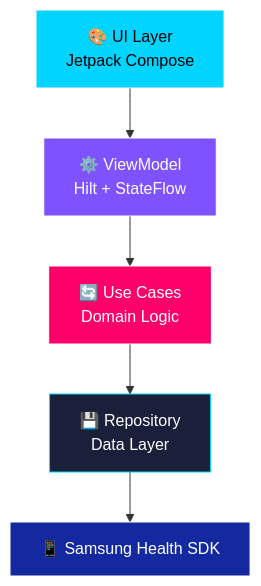
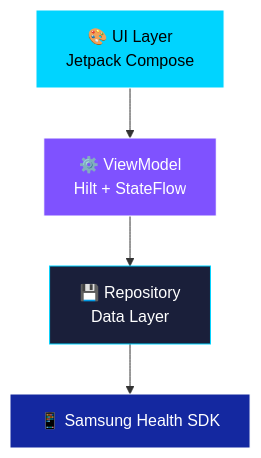
The diagram in README.md (nyinyiz/SamsungHealthDiary), drawn with Mermaid before and after one commit. The commit also changed other lines of this file, not shown here.

Commit message:
docs: update README with enhanced branding, updated feature list, architecture details, and build instructions

````diff
--- a/README.md
+++ b/README.md
@@ -48,13 +82,11 @@
 ```mermaid
 flowchart TD
     UI[🎨 UI Layer<br/>Jetpack Compose] --> VM[⚙️ ViewModel<br/>Hilt + StateFlow]
-    VM --> UC[🔄 Use Cases<br/>Domain Logic]
-    UC --> REPO[💾 Repository<br/>Data Layer]
+    VM --> REPO[💾 Repository<br/>Data Layer]
     REPO --> SDK[📱 Samsung Health SDK]
     
     style UI fill:#00D4FF,stroke:#fff,color:#000
     style VM fill:#7F52FF,stroke:#fff,color:#fff
-    style UC fill:#FF006B,stroke:#fff,color:#fff
     style REPO fill:#1A1F3A,stroke:#00D4FF,color:#fff
     style SDK fill:#1428A0,stroke:#fff,color:#fff
 ```
````
